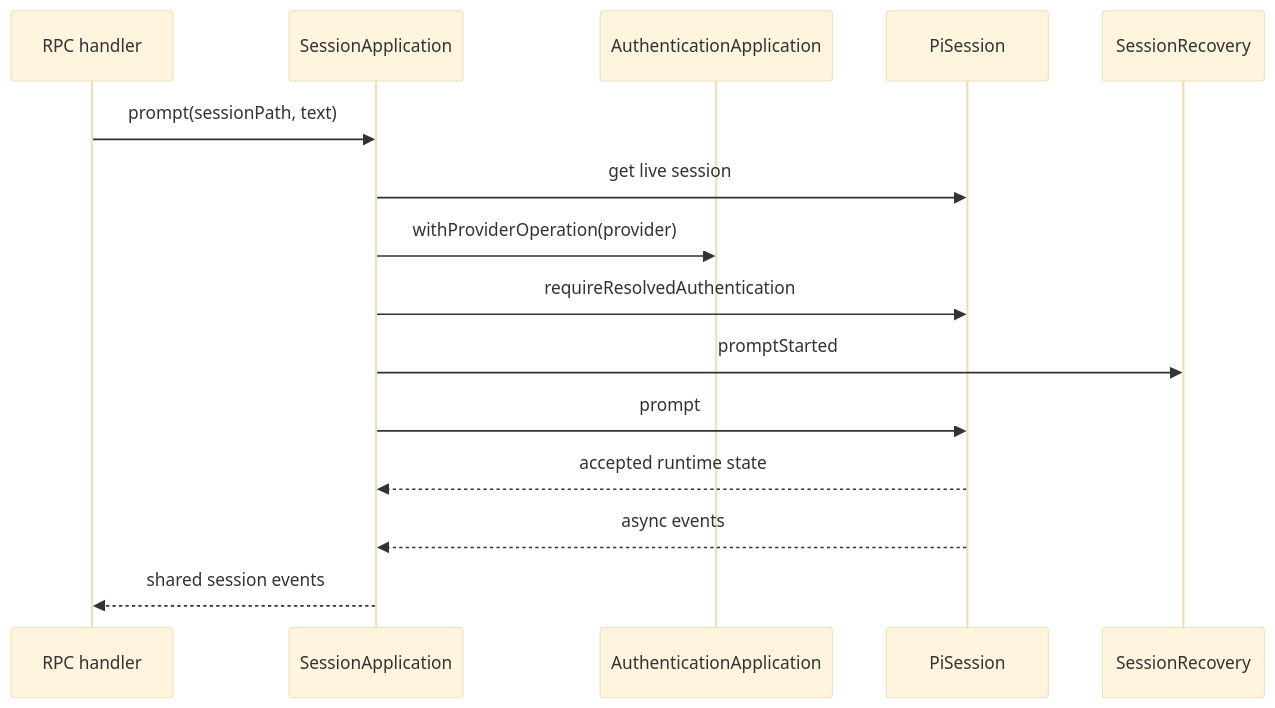
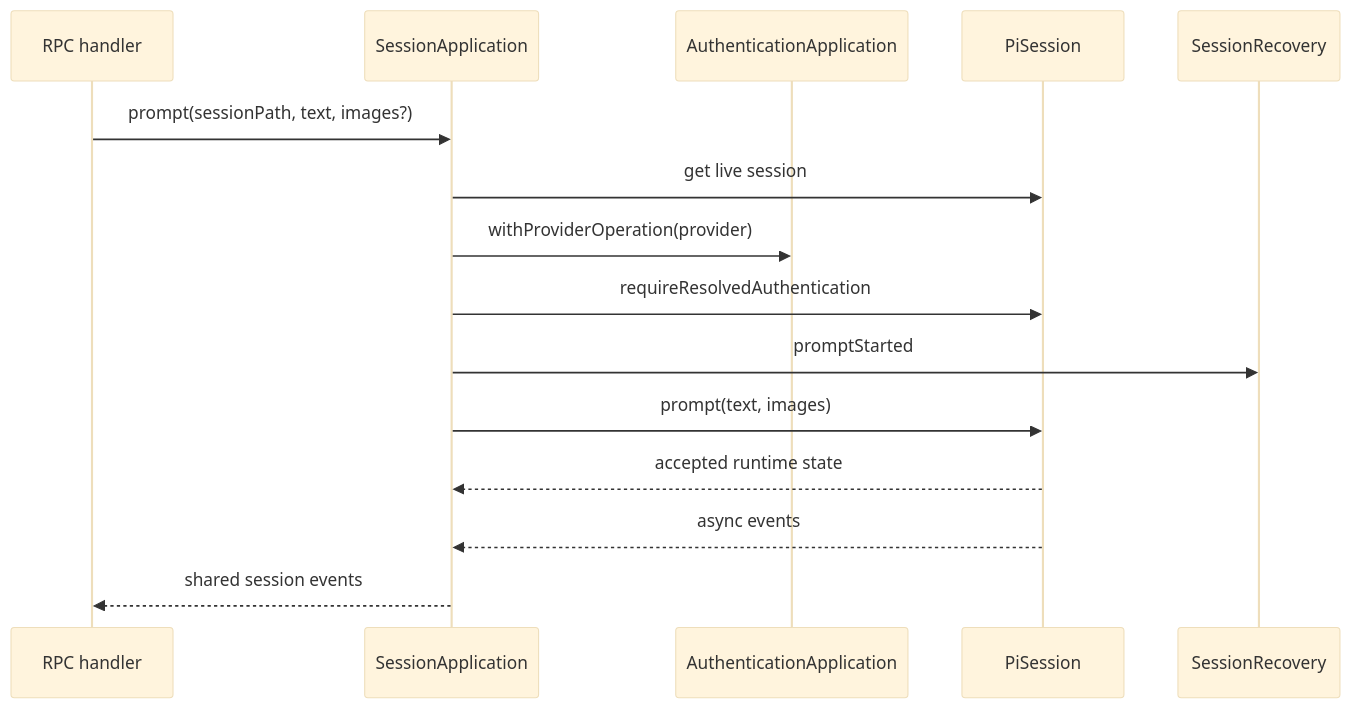
Before and after one commit to wind-chasers/oh-your-pi: the first of 2 diagrams in src/bun/app/session/ai.prompt.md, drawn with Mermaid (base theme). The commit also changed other lines of this file and 45 other files, not shown here.

````diff
--- a/src/bun/app/session/ai.prompt.md
+++ b/src/bun/app/session/ai.prompt.md
@@ -14,18 +14,18 @@
 ```mermaid
 sequenceDiagram
   participant RPC as RPC handler
   participant App as SessionApplication
   participant Auth as AuthenticationApplication
   participant Session as PiSession
   participant Recovery as SessionRecovery
 
-  RPC->>App: prompt(sessionPath, text)
+  RPC->>App: prompt(sessionPath, text, images?)
   App->>Session: get live session
   App->>Auth: withProviderOperation(provider)
   App->>Session: requireResolvedAuthentication
   App->>Recovery: promptStarted
-  App->>Session: prompt
+  App->>Session: prompt(text, images)
   Session-->>App: accepted runtime state
   Session-->>App: async events
   App-->>RPC: shared session events
 ```
````
